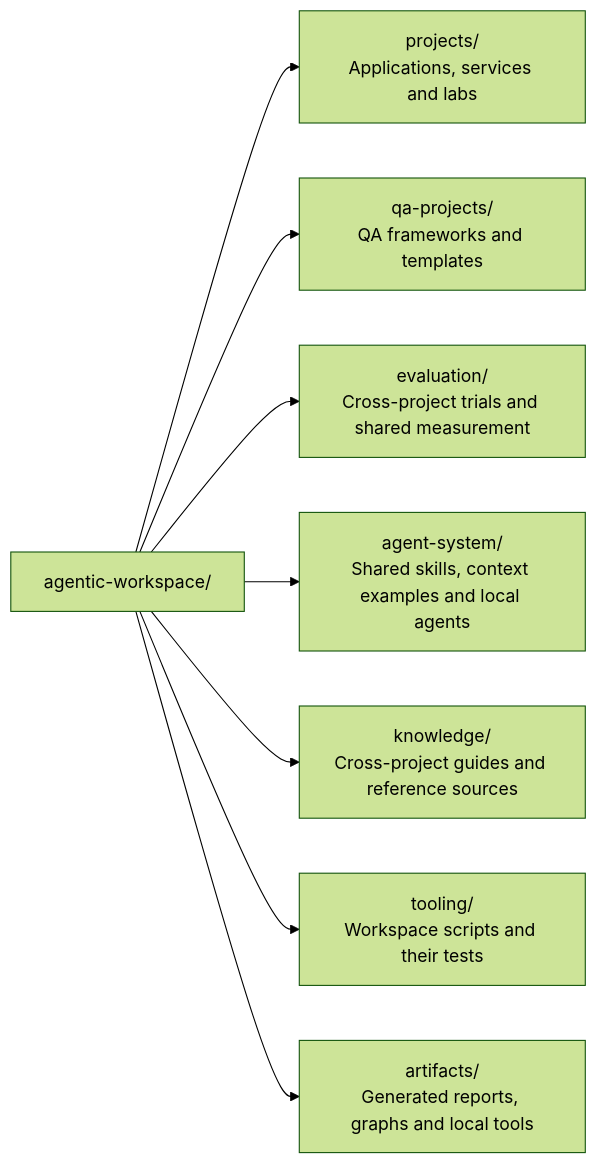
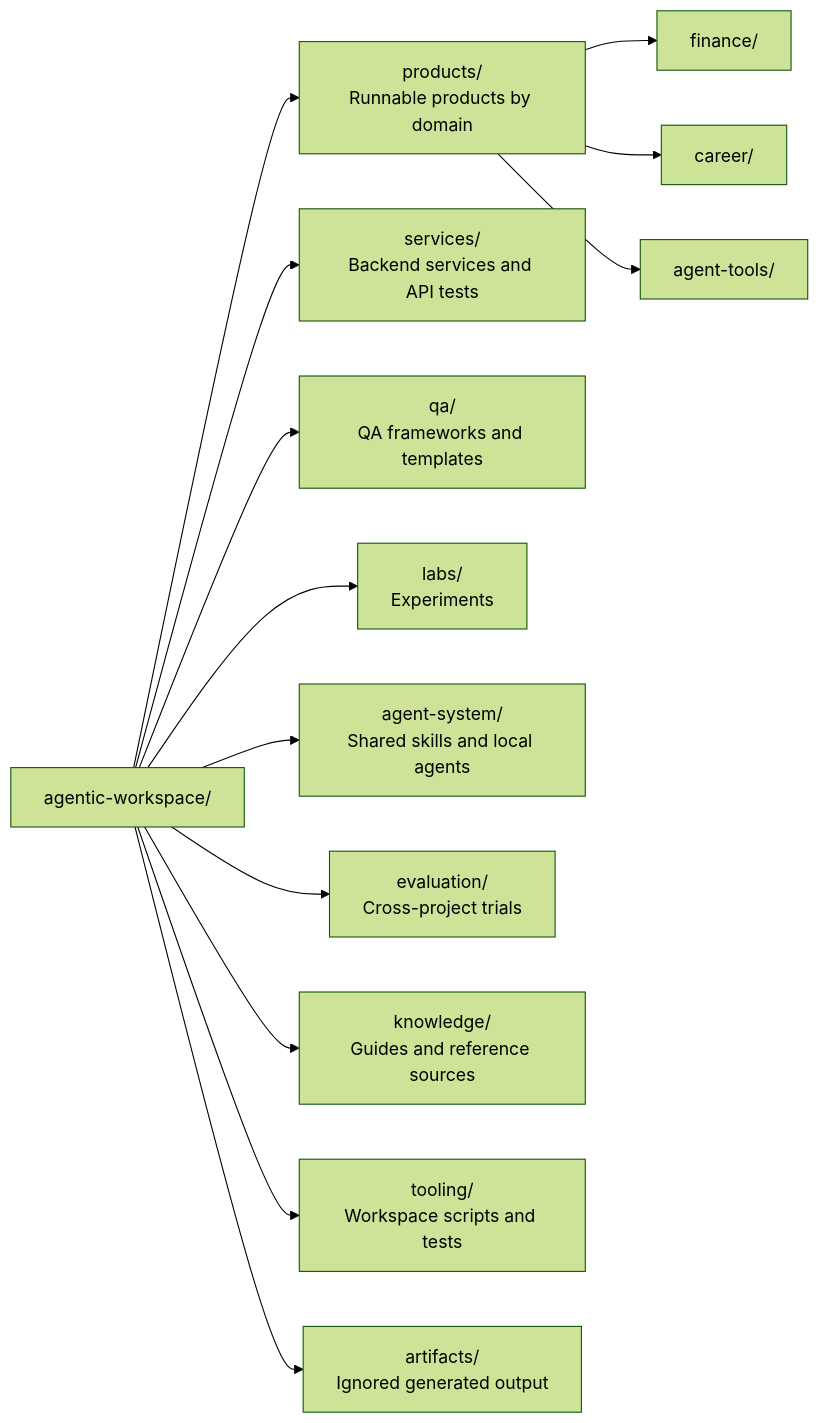
Before and after one commit to balajiregt/agentic-workspace: the first of 2 diagrams in knowledge/docs/workspace-map.md, drawn with Mermaid (forest theme). The commit also changed other lines of this file and 103 other files, not shown here.

First line of the commit message:
Realign workspace into domain-first categories and add finance and career products

````diff
--- a/knowledge/docs/workspace-map.md
+++ b/knowledge/docs/workspace-map.md
@@ -9,10 +13,15 @@
 ```mermaid
 flowchart LR
-  W["agentic-workspace/"] --> P["projects/<br/>Applications, services and labs"]
-  W --> Q["qa-projects/<br/>QA frameworks and templates"]
-  W --> E["evaluation/<br/>Cross-project trials and shared measurement"]
-  W --> A["agent-system/<br/>Shared skills, context examples and local agents"]
-  W --> K["knowledge/<br/>Cross-project guides and reference sources"]
-  W --> T["tooling/<br/>Workspace scripts and their tests"]
-  W --> O["artifacts/<br/>Generated reports, graphs and local tools"]
+  W["agentic-workspace/"] --> PR["products/<br/>Runnable products by domain"]
+  PR --> F["finance/"]
+  PR --> CA["career/"]
+  PR --> AT["agent-tools/"]
+  W --> S["services/<br/>Backend services and API tests"]
+  W --> Q["qa/<br/>QA frameworks and templates"]
+  W --> L["labs/<br/>Experiments"]
+  W --> A["agent-system/<br/>Shared skills and local agents"]
+  W --> E["evaluation/<br/>Cross-project trials"]
+  W --> K["knowledge/<br/>Guides and reference sources"]
+  W --> T["tooling/<br/>Workspace scripts and tests"]
+  W --> O["artifacts/<br/>Ignored generated output"]
 ```
````
